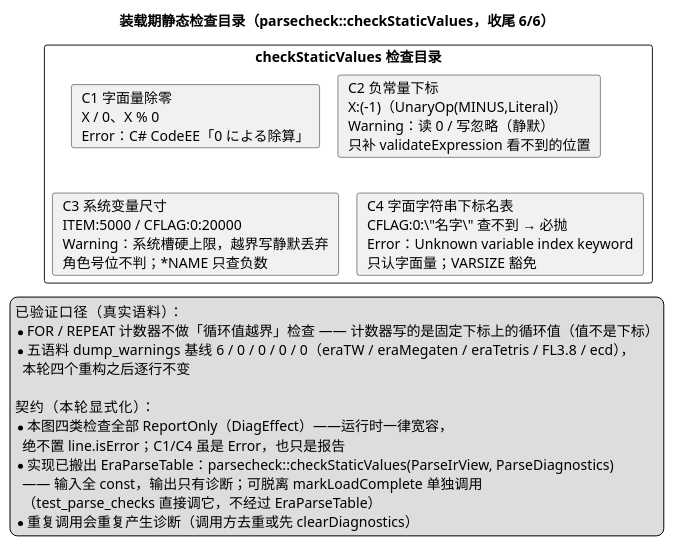
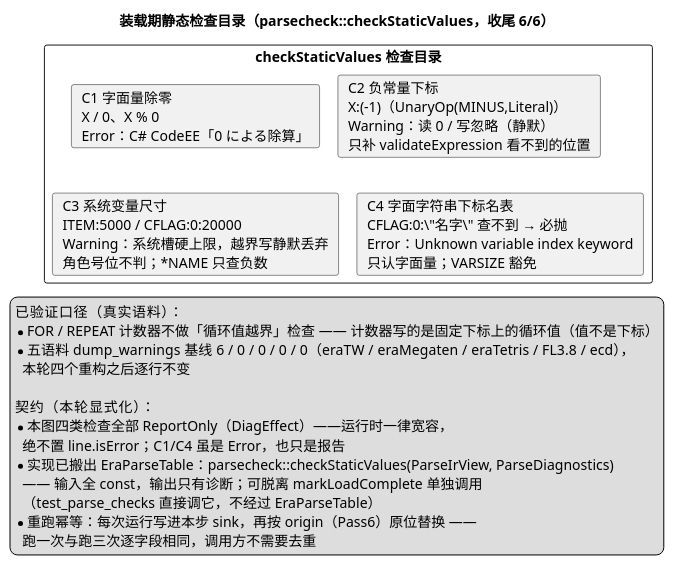
The diagram in docs/uml/07-static-checks.puml (yigekuyou/qt-eraemu), drawn with PlantUML before and after one commit. The commit also changed 5 other files, not shown here.

First line of the commit message:
docs/uml：标签索引 / 诊断切片 / 增量协议 / 常数作用域，补齐五刀代码

```diff
--- a/docs/uml/07-static-checks.puml
+++ b/docs/uml/07-static-checks.puml
@@ -1,29 +1,30 @@
 @startuml 07-static-checks
 ' 无 graphviz(dot) 时用 PlantUML 内置 smetana 布局引擎
 !pragma layout smetana
 ' emuera —— checkStaticValues 检查目录（收尾 6/6）：不需要运行游戏即可判定的边界条件
 ' 渲染：plantuml -tpng docs/uml/07-static-checks.puml
 title 装载期静态检查目录（parsecheck::checkStaticValues，收尾 6/6）
 
 rectangle "checkStaticValues 检查目录" as Checks {
   card "C1 字面量除零\nX / 0、X % 0\nError：C# CodeEE「0 による除算」" as C1
   card "C2 负常量下标\nX:(-1)（UnaryOp(MINUS,Literal)）\nWarning：读 0 / 写忽略（静默）\n只补 validateExpression 看不到的位置" as C2
   card "C3 系统变量尺寸\nITEM:5000 / CFLAG:0:20000\nWarning：系统槽硬上限，越界写静默丢弃\n角色号位不判；*NAME 只查负数" as C3
   card "C4 字面字符串下标名表\nCFLAG:0:\"名字\" 查不到 → 必抛\nError：Unknown variable index keyword\n只认字面量；VARSIZE 豁免" as C4
 }
 
 legend bottom
   已验证口径（真实语料）：
   * FOR / REPEAT 计数器不做「循环值越界」检查 —— 计数器写的是固定下标上的循环值（值不是下标）
   * 五语料 dump_warnings 基线 6 / 0 / 0 / 0 / 0（eraTW / eraMegaten / eraTetris / FL3.8 / ecd），
     本轮四个重构之后逐行不变
 
   契约（本轮显式化）：
   * 本图四类检查全部 ReportOnly（DiagEffect）——运行时一律宽容，
     绝不置 line.isError；C1/C4 虽是 Error，也只是报告
   * 实现已搬出 EraParseTable：parsecheck::checkStaticValues(ParseIrView, ParseDiagnostics)
     —— 输入全 const，输出只有诊断；可脱离 markLoadComplete 单独调用
     （test_parse_checks 直接调它，不经过 EraParseTable）
-  * 重复调用会重复产生诊断（调用方去重或先 clearDiagnostics）
+  * 重跑幂等：每次运行写进本步 sink，再按 origin（Pass6）原位替换 ——
+    跑一次与跑三次逐字段相同，调用方不需要去重
 endlegend
 @enduml
```
